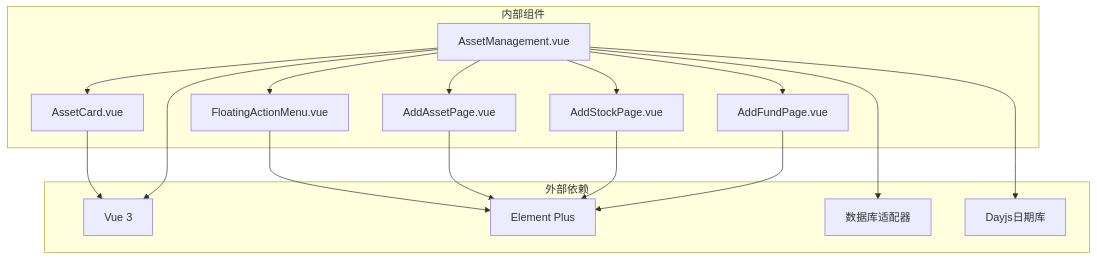
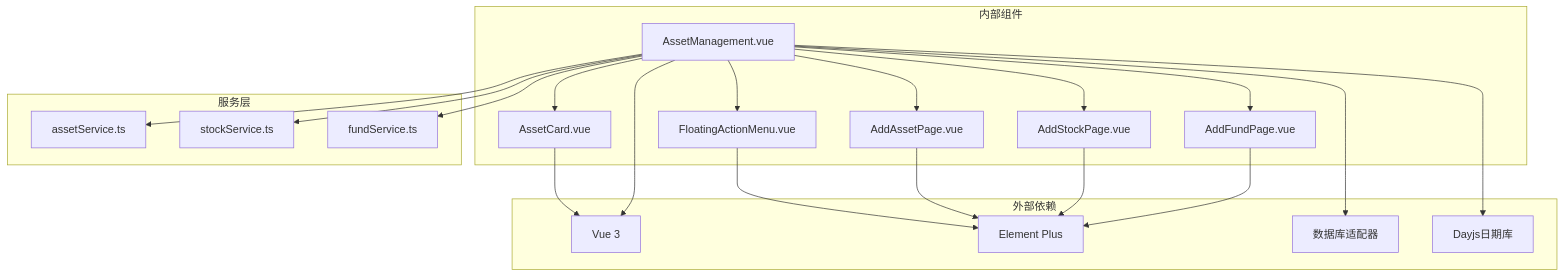
The tenth of 11 diagrams in .qoder/repowiki/zh/content/资产管理/资产卡片组件.md (xiao-lin-unit/yuan), drawn with Mermaid before and after one commit. The commit also changed other lines of this file and 17 other files, not shown here.

````diff
--- a/.qoder/repowiki/zh/content/资产管理/资产卡片组件.md
+++ b/.qoder/repowiki/zh/content/资产管理/资产卡片组件.md
@@ -353,30 +410,38 @@
 ```mermaid
 graph TB
 subgraph "外部依赖"
 Vue[Vue 3]
 ElementPlus[Element Plus]
 Database[数据库适配器]
 Dayjs[Dayjs日期库]
 end
 subgraph "内部组件"
 AssetCard[AssetCard.vue]
 AssetManagement[AssetManagement.vue]
 FloatingActionMenu[FloatingActionMenu.vue]
 AddAssetPage[AddAssetPage.vue]
 AddStockPage[AddStockPage.vue]
 AddFundPage[AddFundPage.vue]
 end
+subgraph "服务层"
+AssetService[assetService.ts]
+StockService[stockService.ts]
+FundService[fundService.ts]
+end
 AssetManagement --> AssetCard
 AssetManagement --> FloatingActionMenu
 AssetManagement --> AddAssetPage
 AssetManagement --> AddStockPage
 AssetManagement --> AddFundPage
+AssetManagement --> AssetService
+AssetManagement --> StockService
+AssetManagement --> FundService
 AssetCard --> Vue
 AssetManagement --> Vue
 FloatingActionMenu --> ElementPlus
 AddAssetPage --> ElementPlus
 AddStockPage --> ElementPlus
 AddFundPage --> ElementPlus
 AssetManagement --> Database
 AssetManagement --> Dayjs
 ```
````
